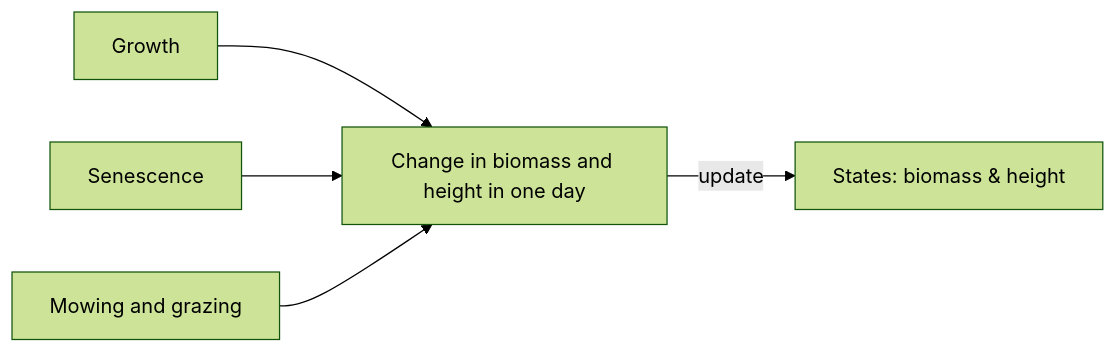
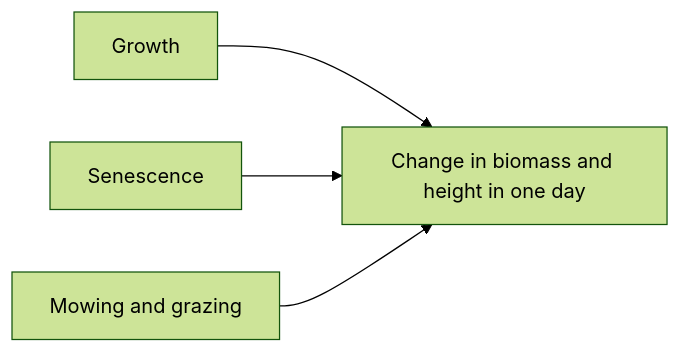
Before and after one commit to FelixNoessler/GrasslandTraitSim.jl: the diagram in docs/src/model/plant/index.md, drawn with Mermaid (forest theme). The commit also changed 3 other files, not shown here.

````diff
--- a/docs/src/model/plant/index.md
+++ b/docs/src/model/plant/index.md
@@ -5,11 +5,10 @@
 ```mermaid
 flowchart LR
     A[Growth] --> B[Change in biomass and height in one day]
     C[Senescence] --> B
     D[Mowing and grazing] --> B
-    B --update--> K[States: biomass & height ]
 
 click C "senescence" "Go"
 click A "growth" "Go"
 click D "mowing_grazing" "Go"
 ```
````
